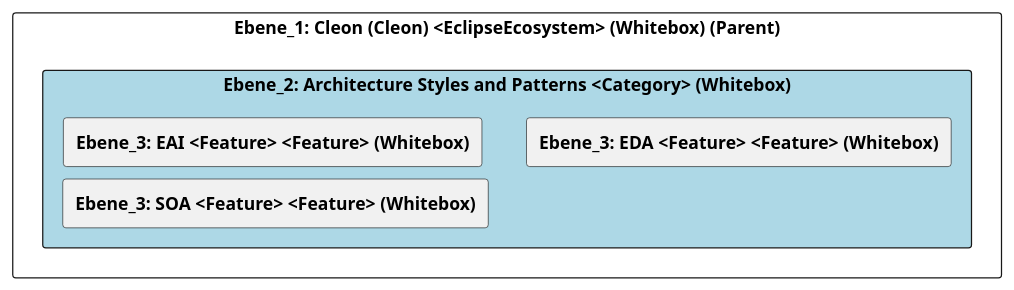
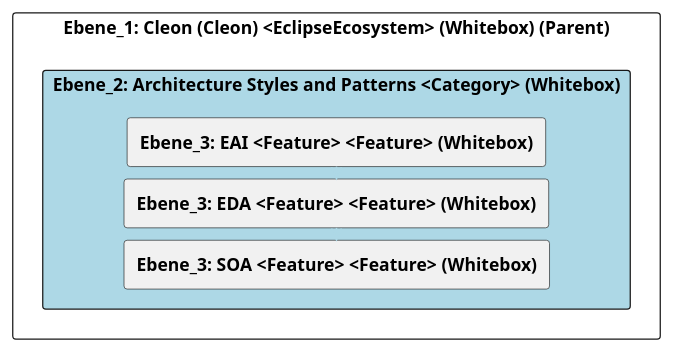
The diagram in doc/cleonproject_deliverables_architecture_model_architecture/adoc/de/05_bausteinsicht/cleon/architecture_styles_and_patterns/ebene_2_architecture_styles_and_patterns.adoc (marcozwyssig/cleon), drawn with PlantUML before and after one commit. The commit also changed other lines of this file and 214 other files, not shown here.

```diff
--- a/doc/cleonproject_deliverables_architecture_model_architecture/adoc/de/05_bausteinsicht/cleon/architecture_styles_and_patterns/ebene_2_architecture_styles_and_patterns.adoc
+++ b/doc/cleonproject_deliverables_architecture_model_architecture/adoc/de/05_bausteinsicht/cleon/architecture_styles_and_patterns/ebene_2_architecture_styles_and_patterns.adoc
@@ -24,26 +24,30 @@
 [plantuml, Ebene_2: Architecture Styles and Patterns <Category> (Whitebox)BlockOverview, format="svg"]
 ----
 @startuml Ebene_2: Architecture Styles and Patterns <Category> (Whitebox)BuildingBlockOverview
 
 skinparam ranksep 10
 skinparam componentStyle rectangle
 skinparam shadowing false
 skinparam arrowColor lightblue
 skinparam arrowThickness 1.2
 skinparam rectangle {
   BackgroundColor White
   BorderColor #333
   RoundCorner 10
 }
 top to bottom direction
 
 component "Ebene_1: Cleon (Cleon) <EclipseEcosystem> (Whitebox) (Parent)" {
     component "Ebene_2: Architecture Styles and Patterns <Category> (Whitebox)" #lightblue {
         [**Ebene_3: EAI <Feature> <Feature> (Whitebox)**] as 49055818_D579_11EE_903E_9F564E4DE07E
         [**Ebene_3: EDA <Feature> <Feature> (Whitebox)**] as 49057F3D_D579_11EE_903E_9F564E4DE07E
         [**Ebene_3: SOA <Feature> <Feature> (Whitebox)**] as 4905A650_D579_11EE_903E_9F564E4DE07E
     }
+
+    49055818_D579_11EE_903E_9F564E4DE07E -down-> 49057F3D_D579_11EE_903E_9F564E4DE07E
+    49057F3D_D579_11EE_903E_9F564E4DE07E -down-> 4905A650_D579_11EE_903E_9F564E4DE07E
+    
 }
 
 @enduml
 ----
```
